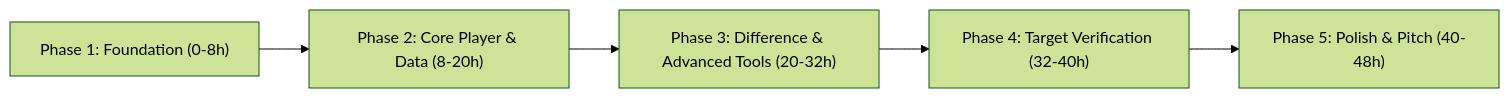
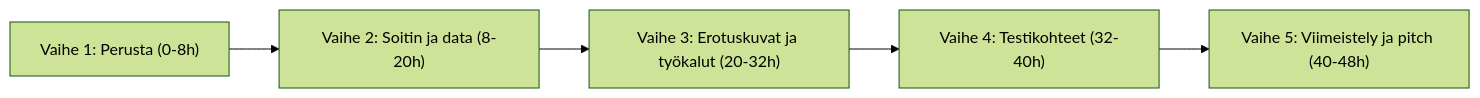
One commit to TEEPERUNA/PlanetXSPHEREx changed the second of 2 diagrams in PLAN.md. Above: the diagram before and after it, drawn with Mermaid (forest theme). The commit also changed other lines of this file, not shown here.

````diff
--- a/PLAN.md
+++ b/PLAN.md
@@ -80,7 +80,7 @@
 ```mermaid
 flowchart LR
-    P1["Phase 1: Foundation (0-8h)"] --> P2["Phase 2: Core Player & Data (8-20h)"]
-    P2 --> P3["Phase 3: Difference & Advanced Tools (20-32h)"]
-    P3 --> P4["Phase 4: Target Verification (32-40h)"]
-    P4 --> P5["Phase 5: Polish & Pitch (40-48h)"]
+    P1["Vaihe 1: Perusta (0-8h)"] --> P2["Vaihe 2: Soitin ja data (8-20h)"]
+    P2 --> P3["Vaihe 3: Erotuskuvat ja työkalut (20-32h)"]
+    P3 --> P4["Vaihe 4: Testikohteet (32-40h)"]
+    P4 --> P5["Vaihe 5: Viimeistely ja pitch (40-48h)"]
 ```
````
